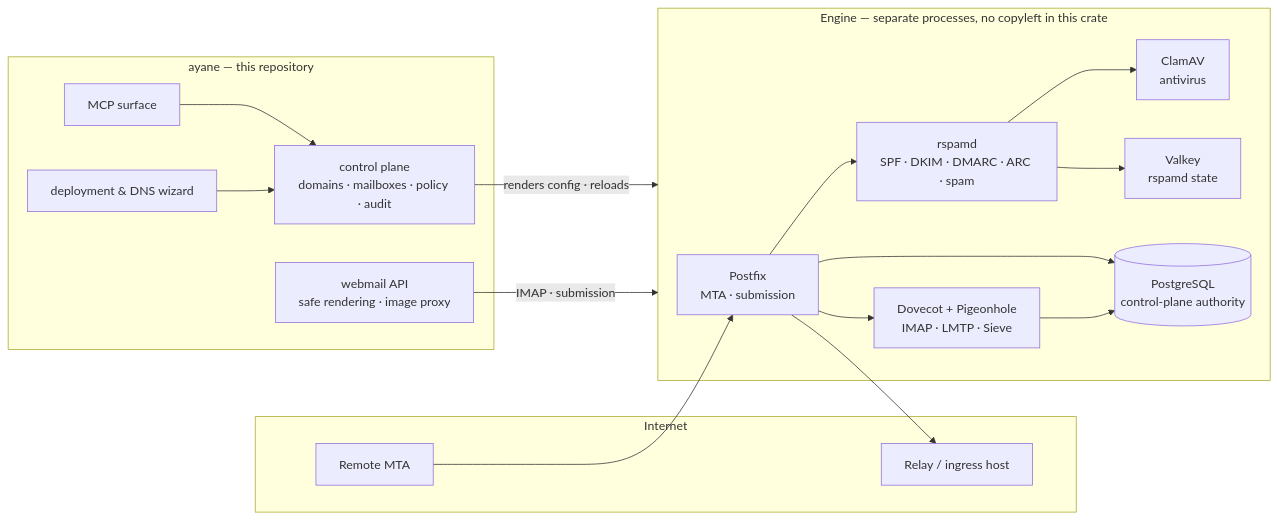
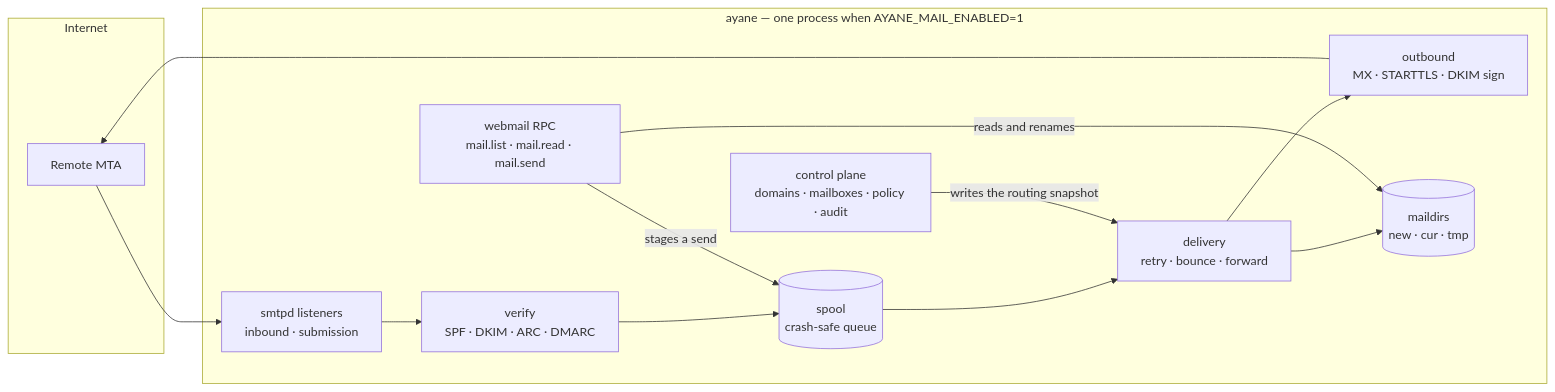
The diagram in README.md (celestia-island/ayane), drawn with Mermaid before and after one commit. The commit also changed other lines of this file and 118 other files, not shown here.

````diff
--- a/README.md
+++ b/README.md
@@ -56,33 +57,26 @@
 ```mermaid
 flowchart LR
   subgraph Internet
     Peer[Remote MTA]
-    Relay[Relay / ingress host]
   end
-  subgraph Engine[Engine — separate processes, no copyleft in this crate]
-    PF[Postfix<br/>MTA · submission]
-    DC[Dovecot + Pigeonhole<br/>IMAP · LMTP · Sieve]
-    RS[rspamd<br/>SPF · DKIM · DMARC · ARC · spam]
-    AV[ClamAV<br/>antivirus]
-    VK[Valkey<br/>rspamd state]
-    PG[(PostgreSQL<br/>control-plane authority)]
-    PF --> DC
-    PF --> RS
-    RS --> AV
-    RS --> VK
-    PF --> PG
-    DC --> PG
+  subgraph Ayane[ayane — one process when AYANE_MAIL_ENABLED=1]
+    LSN[smtpd listeners<br/>inbound · submission]
+    VER[verify<br/>SPF · DKIM · ARC · DMARC]
+    Q[(spool<br/>crash-safe queue)]
+    DEL[delivery<br/>retry · bounce · forward]
+    OUT[outbound<br/>MX · STARTTLS · DKIM sign]
+    MD[(maildirs<br/>new · cur · tmp)]
+    API[control plane<br/>domains · mailboxes · policy · audit]
+    WEB[webmail RPC<br/>mail.list · mail.read · mail.send]
   end
-  subgraph Ayane[ayane — this repository]
-    API[control plane<br/>domains · mailboxes · policy · audit]
-    WEB[webmail API<br/>safe rendering · image proxy]
-    MCP[MCP surface]
-    WIZ[deployment & DNS wizard]
-  end
-  Peer --> PF
-  PF --> Relay
-  API -->|renders config · reloads| Engine
-  WEB -->|IMAP · submission| Engine
-  MCP --> API
-  WIZ --> API
+  Peer --> LSN
+  LSN --> VER
+  VER --> Q
+  Q --> DEL
+  DEL --> MD
+  DEL --> OUT
+  OUT --> Peer
+  WEB -->|reads and renames| MD
+  WEB -->|stages a send| Q
+  API -->|writes the routing snapshot| DEL
 ```
````
